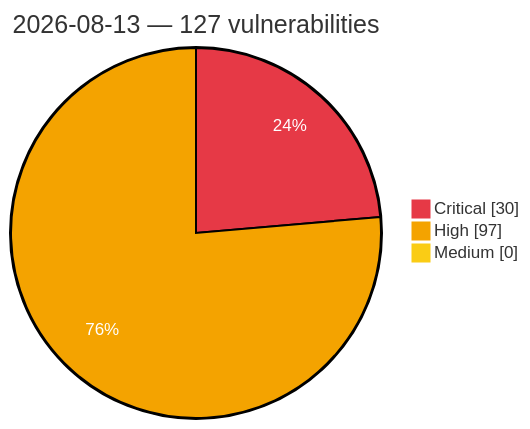
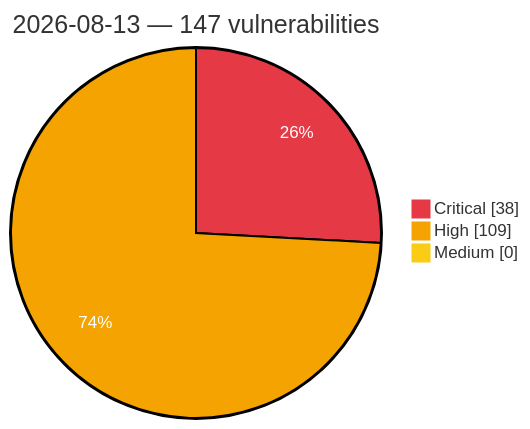
The diagram in vulnerabilities/2026/August/2026-08-13.md (GhostX0X/vuln-tracker), drawn with Mermaid before and after one commit. The commit also changed other lines of this file and 5 other files, not shown here.

Commit message:
Auto update: critical/high vulns (2026-08-13 23:02 UTC)

````diff
--- a/vulnerabilities/2026/August/2026-08-13.md
+++ b/vulnerabilities/2026/August/2026-08-13.md
@@ -3,8 +3,8 @@
 ```mermaid
 %%{init: {'theme':'base', 'themeVariables': {'pie1':'#e63946', 'pie2':'#f4a300', 'pie3':'#facc15', 'pieOpacity':'1', 'pieOuterStrokeWidth':'2px', 'pieSectionTextColor':'#ffffff'}}}%%
 pie showData
-    title 2026-08-13 — 127 vulnerabilities
-    "Critical" : 30
-    "High" : 97
+    title 2026-08-13 — 147 vulnerabilities
+    "Critical" : 38
+    "High" : 109
     "Medium" : 0
 ```
````
